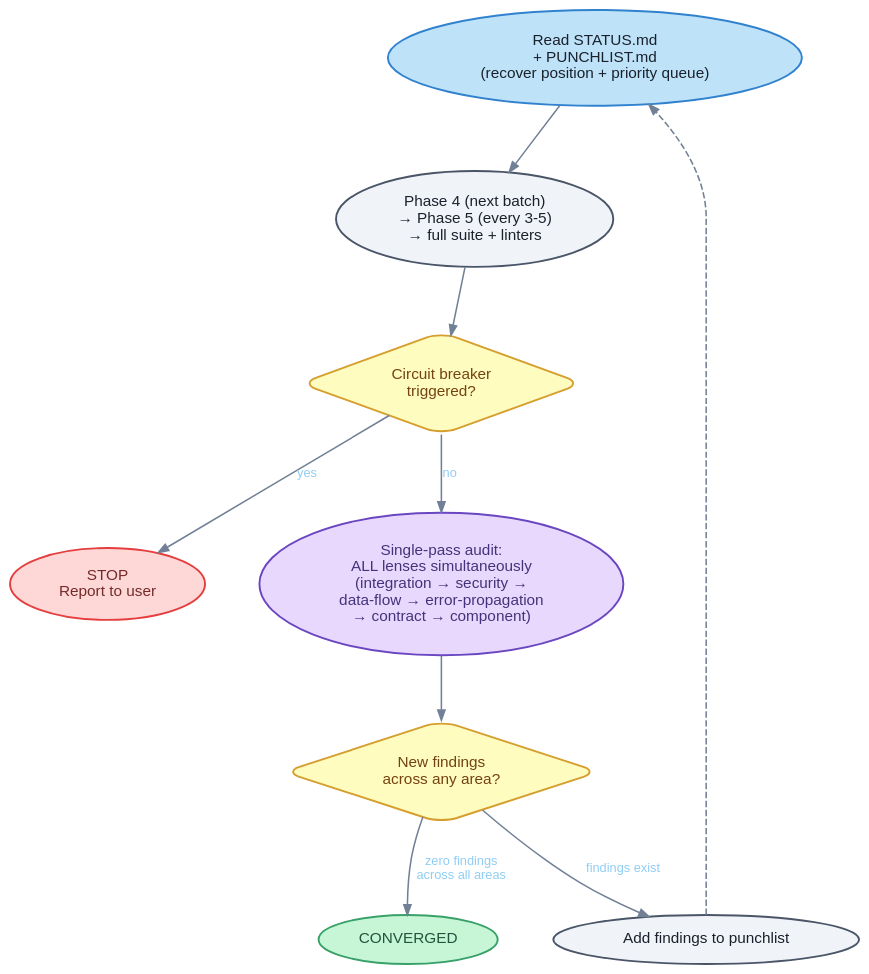
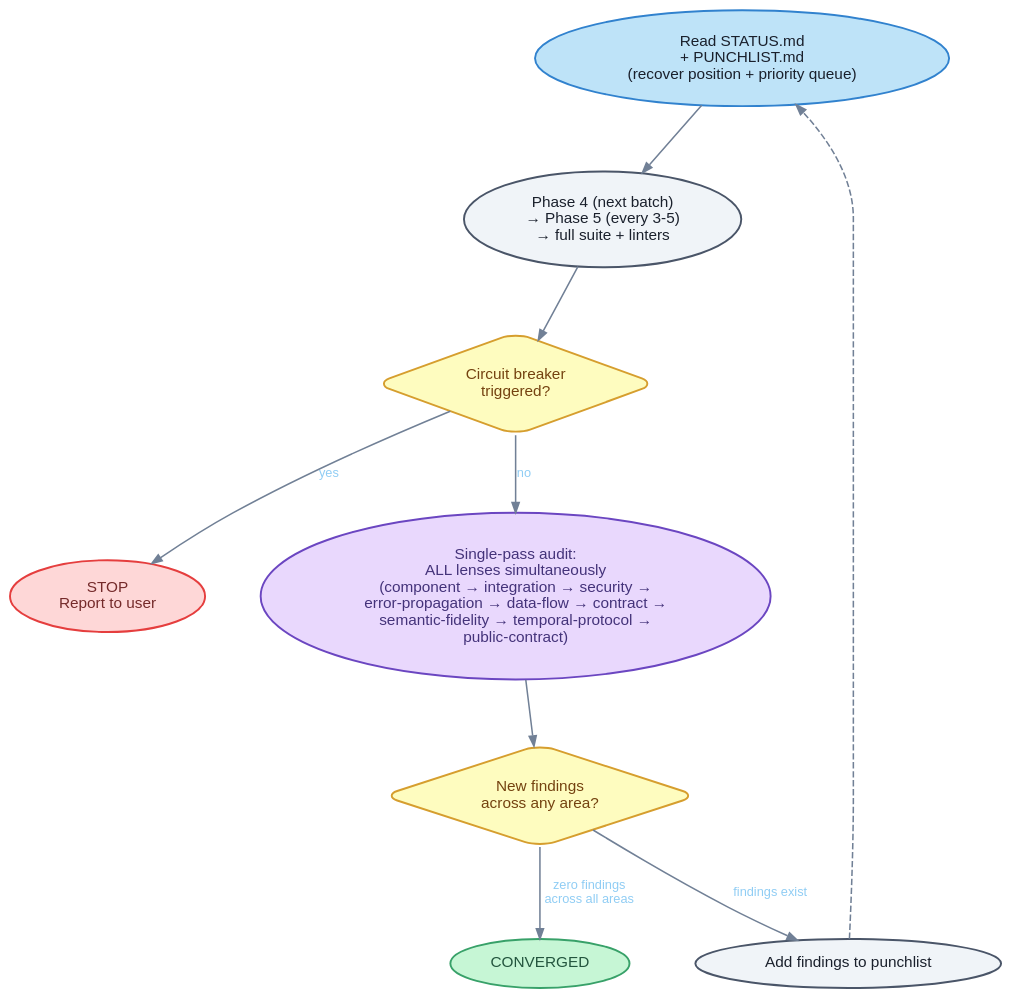
Before and after one commit to jbrjake/holtz: the diagram in docs/diagrams/justine-convergence.dot, drawn with Graphviz. The commit also changed 2 other files, not shown here.

Commit message:
docs: update README and diagrams for 9-lens registry
Update lens count from six to nine in README text and Phase 6
enumeration. Re-render justine-convergence diagram with all nine
lenses listed in the single-pass audit node.

```diff
--- a/docs/diagrams/justine-convergence.dot
+++ b/docs/diagrams/justine-convergence.dot
@@ -1,80 +1,80 @@
 digraph {
   rankdir=TB
   bgcolor="transparent"
   pad=0.4
   nodesep=0.6
   ranksep=0.7
 
   node [
     fontname="Helvetica"
     fontsize=12
     style="filled,rounded"
     fillcolor="#f0f4f8"
     color="#4a5568"
     fontcolor="#1a202c"
     penwidth=1.5
     margin="0.15,0.1"
   ]
 
   edge [
     fontname="Helvetica"
     fontsize=10
     fontcolor="#90cdf4"
     color="#718096"
     penwidth=1.2
     arrowsize=0.8
   ]
 
   recover [
     label="Read STATUS.md\n+ PUNCHLIST.md\n(recover position + priority queue)"
     fillcolor="#bee3f8"
     color="#3182ce"
   ]
   fix_loop [
     label="Phase 4 (next batch)\n→ Phase 5 (every 3-5)\n→ full suite + linters"
   ]
   breaker [
     label="Circuit breaker\ntriggered?"
     shape=diamond
     fillcolor="#fefcbf"
     color="#d69e2e"
     fontcolor="#744210"
   ]
   stop [
     label="STOP\nReport to user"
     fillcolor="#fed7d7"
     color="#e53e3e"
     fontcolor="#742a2a"
   ]
   scan [
-    label="Single-pass audit:\nALL lenses simultaneously\n(integration → security →\ndata-flow → error-propagation\n→ contract → component)"
+    label="Single-pass audit:\nALL lenses simultaneously\n(component → integration → security →\nerror-propagation → data-flow → contract →\nsemantic-fidelity → temporal-protocol →\npublic-contract)"
     fillcolor="#e9d8fd"
     color="#6b46c1"
     fontcolor="#44337a"
   ]
   found [
     label="New findings\nacross any area?"
     shape=diamond
     fillcolor="#fefcbf"
     color="#d69e2e"
     fontcolor="#744210"
   ]
   converged [
     label="CONVERGED"
     fillcolor="#c6f6d5"
     color="#38a169"
     fontcolor="#22543d"
   ]
   add [
     label="Add findings to punchlist"
   ]
 
   recover -> fix_loop
   fix_loop -> breaker
   breaker -> stop [label="yes"]
   breaker -> scan [label="no"]
   scan -> found
   found -> converged [label="zero findings\nacross all areas"]
   found -> add [label="findings exist"]
   add -> recover [style=dashed]
 }
```
